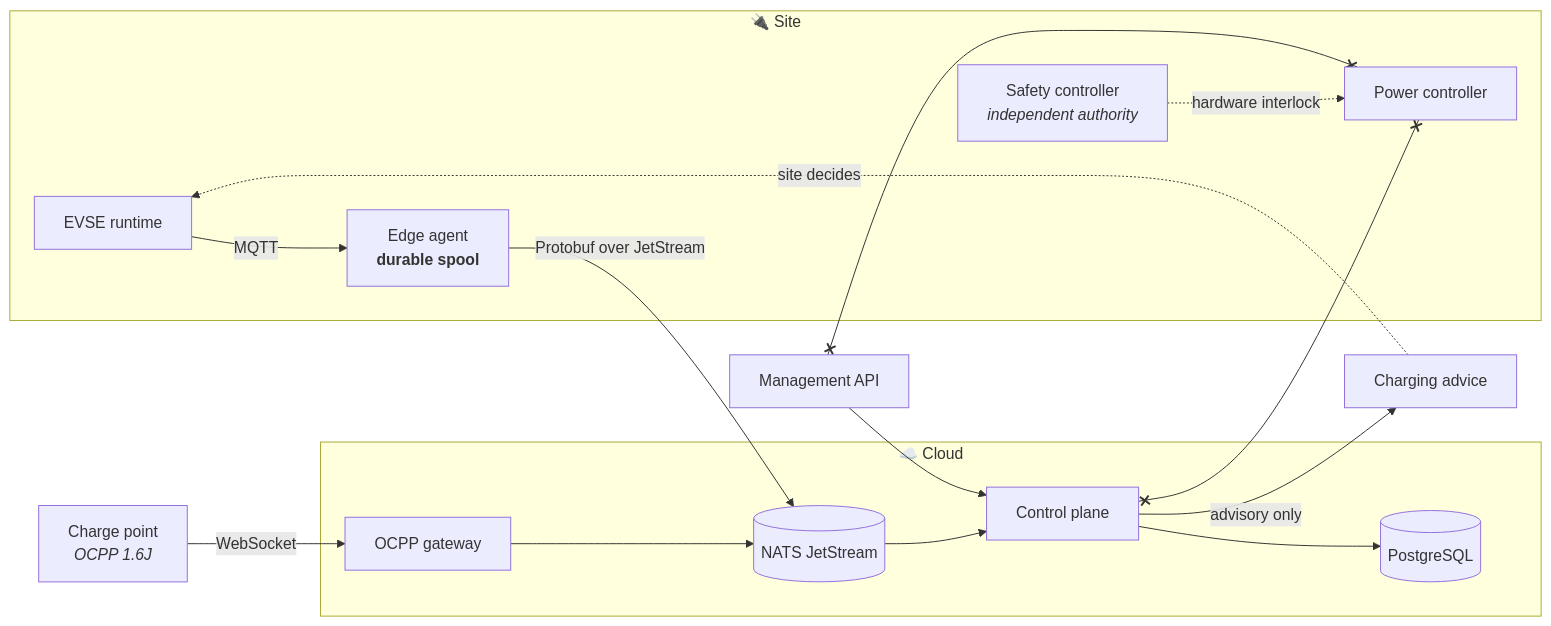
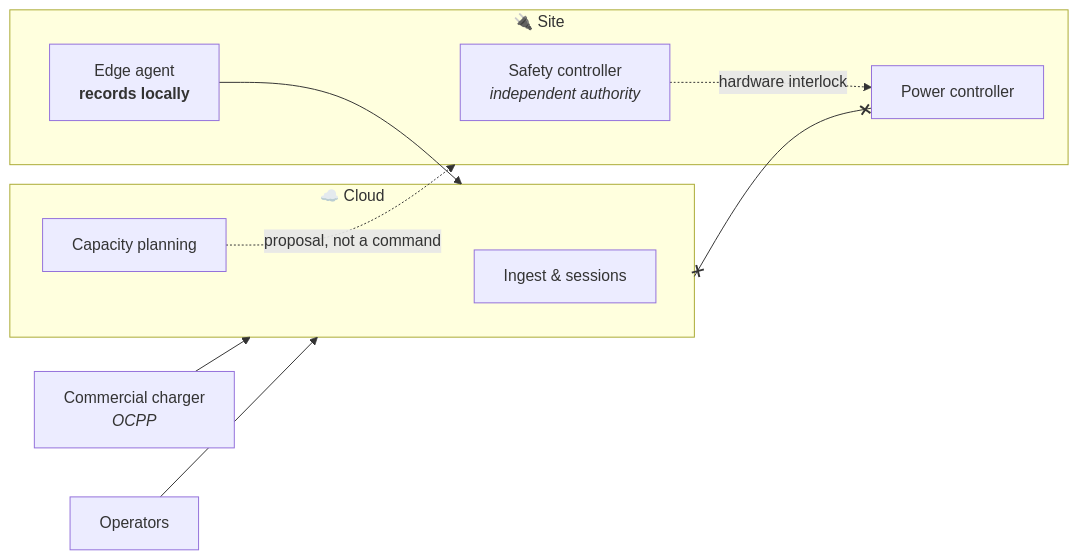
Before and after one commit to maykonlincolnusa/ORVOLT: the diagram in README.md, drawn with Mermaid. The commit also changed other lines of this file and 4 other files, not shown here.

````diff
--- a/README.md
+++ b/README.md
@@ -21,31 +43,21 @@
 ```mermaid
 flowchart LR
     subgraph SITE["🔌 Site"]
-        SC["Safety controller<br/><i>independent authority</i>"]
-        PC["Power controller"]
-        EV["EVSE runtime"]
-        EA["Edge agent<br/><b>durable spool</b>"]
-        SC -.->|hardware interlock| PC
-        EV -->|MQTT| EA
+        SAFETY["Safety controller<br/><i>independent authority</i>"]
+        POWER["Power controller"]
+        AGENT["Edge agent<br/><b>records locally</b>"]
+        SAFETY -.->|hardware interlock| POWER
     end
 
-    CP["Charge point<br/><i>OCPP 1.6J</i>"] -->|WebSocket| GW
+    CHARGER["Commercial charger<br/><i>OCPP</i>"] --> CLOUD
 
     subgraph CLOUD["☁️ Cloud"]
-        GW["OCPP gateway"]
-        BUS[("NATS JetStream")]
-        CPL["Control plane"]
-        DB[("PostgreSQL")]
-        GW --> BUS
-        BUS --> CPL
-        CPL --> DB
+        INGEST["Ingest & sessions"]
+        PLAN["Capacity planning"]
     end
 
-    EA -->|Protobuf over JetStream| BUS
-    CPL -->|advisory only| ADV["Charging advice"]
-    ADV -.->|site decides| EV
-
-    API["Management API"] --> CPL
-    API x--x PC
-    CPL x--x PC
+    AGENT --> CLOUD
+    PLAN -.->|proposal, not a command| SITE
+    OPS["Operators"] --> CLOUD
+    CLOUD x--x POWER
 ```
````
